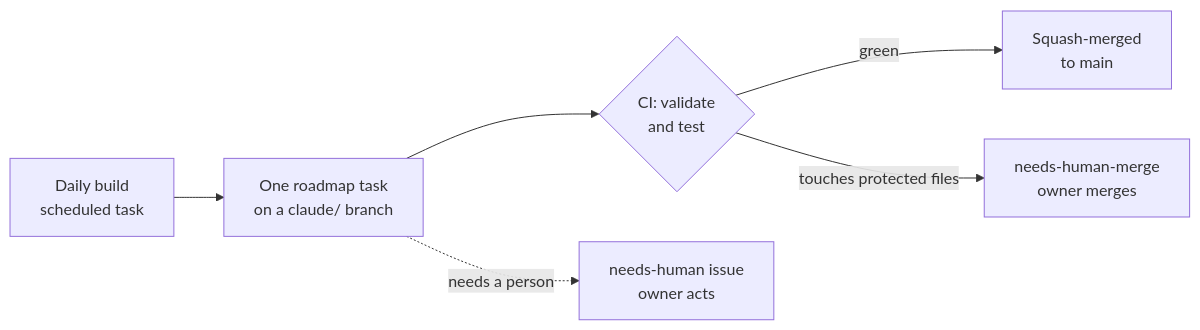
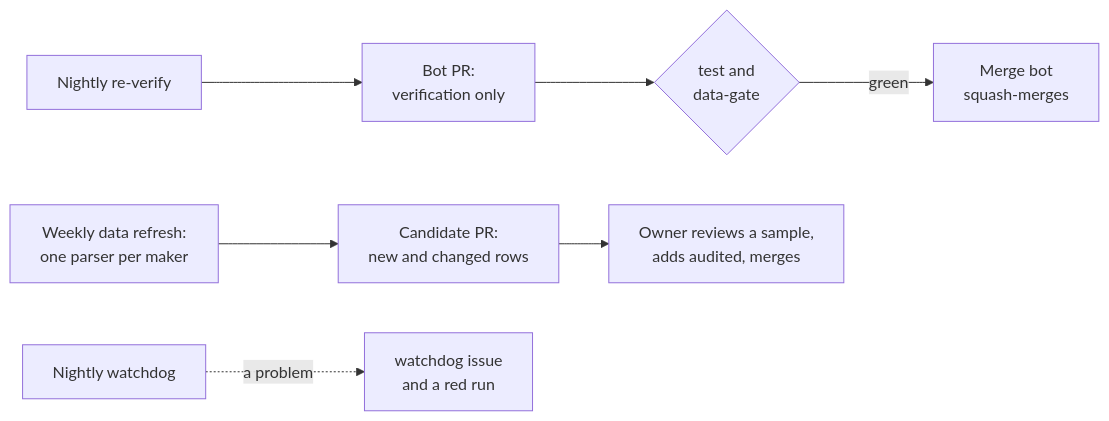
One commit to sombreserotonin/Patchlife changed the diagram in README.md. Above: the diagram before and after it, drawn with Mermaid. The commit also changed other lines of this file and 38 other files, not shown here.

````diff
--- a/README.md
+++ b/README.md
@@ -152,8 +152,9 @@
 ```mermaid
 flowchart LR
-  A[Daily build<br/>scheduled task] --> B[One roadmap task<br/>on a claude/ branch]
-  B --> C{CI: validate<br/>and test}
-  C -->|green| D[Squash-merged<br/>to main]
-  C -->|touches protected files| E[needs-human-merge<br/>owner merges]
-  B -.->|needs a person| F[needs-human issue<br/>owner acts]
+  A[Nightly re-verify] --> B[Bot PR:<br/>verification only]
+  B --> C{test and<br/>data-gate}
+  C -->|green| D[Merge bot<br/>squash-merges]
+  E[Weekly data refresh:<br/>one parser per maker] --> F[Candidate PR:<br/>new and changed rows]
+  F --> G[Owner reviews a sample,<br/>adds audited, merges]
+  H[Nightly watchdog] -.->|a problem| I[watchdog issue<br/>and a red run]
 ```
````
